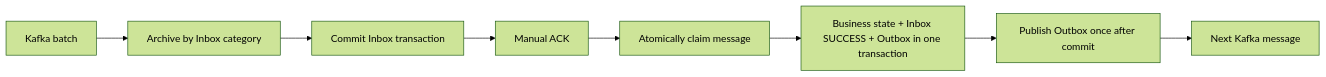
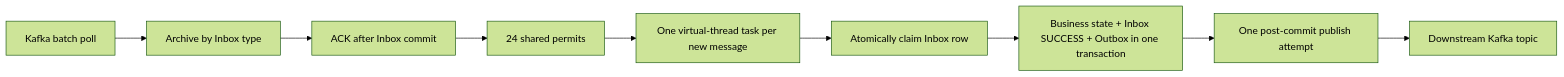
One commit to Zoujay/firefly changed the second of 2 diagrams in README.md. Above: the diagram before and after it, drawn with Mermaid (forest theme). The commit also changed other lines of this file, not shown here.

````diff
--- a/README.md
+++ b/README.md
@@ -511,10 +443,11 @@
 ```mermaid
 flowchart LR
-    K1["Kafka batch"] --> I1["Archive by Inbox category"]
-    I1 --> I2["Commit Inbox transaction"]
-    I2 --> A["Manual ACK"]
-    A --> C["Atomically claim message"]
+    K1["Kafka batch poll"] --> I1["Archive by Inbox type"]
+    I1 --> A["ACK after Inbox commit"]
+    A --> S["24 shared permits"]
+    S --> V["One virtual-thread task per new message"]
+    V --> C["Atomically claim Inbox row"]
     C --> T["Business state + Inbox SUCCESS + Outbox in one transaction"]
-    T --> P["Publish Outbox once after commit"]
-    P --> K2["Next Kafka message"]
+    T --> P["One post-commit publish attempt"]
+    P --> K2["Downstream Kafka topic"]
 ```
````
